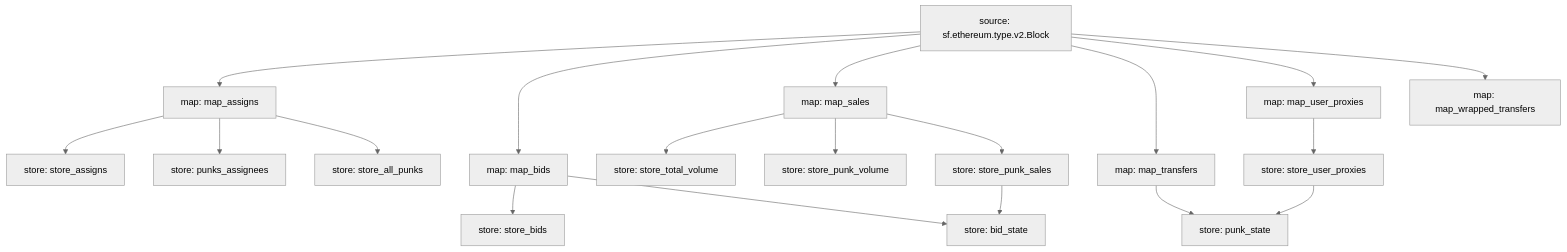
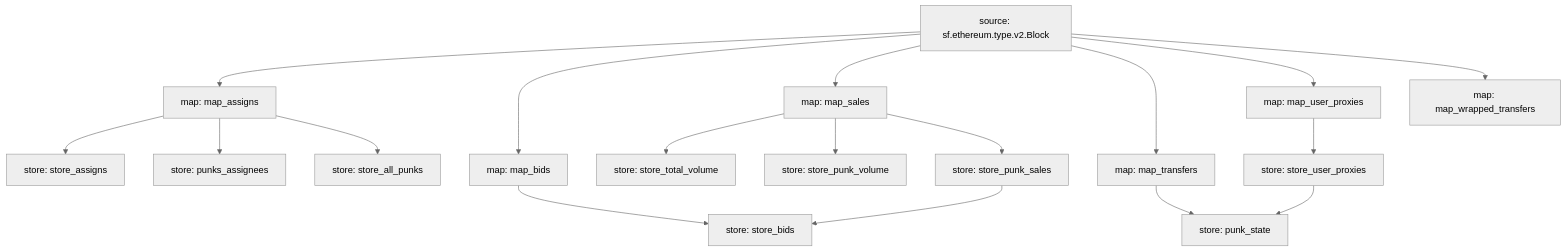
One commit to itsjerryokolo/cryptopunks_substreams changed the diagram in README.md. Above: the diagram before and after it, drawn with Mermaid (neutral theme). The commit also changed 2 other files, not shown here.

Commit message:
change store for updating bid state

````diff
--- a/README.md
+++ b/README.md
@@ -3,37 +3,35 @@
 ```mermaid
 graph TD;
   map_assigns[map: map_assigns]
   sf.ethereum.type.v2.Block[source: sf.ethereum.type.v2.Block] --> map_assigns
   store_assigns[store: store_assigns]
   map_assigns --> store_assigns
   punks_assignees[store: punks_assignees]
   map_assigns --> punks_assignees
   map_bids[map: map_bids]
   sf.ethereum.type.v2.Block[source: sf.ethereum.type.v2.Block] --> map_bids
   store_bids[store: store_bids]
   map_bids --> store_bids
-  bid_state[store: bid_state]
-  map_bids --> bid_state
-  store_punk_sales --> bid_state
+  store_punk_sales --> store_bids
   store_all_punks[store: store_all_punks]
   map_assigns --> store_all_punks
   store_total_volume[store: store_total_volume]
   map_sales --> store_total_volume
   store_punk_volume[store: store_punk_volume]
   map_sales --> store_punk_volume
   store_punk_sales[store: store_punk_sales]
   map_sales --> store_punk_sales
   map_sales[map: map_sales]
   sf.ethereum.type.v2.Block[source: sf.ethereum.type.v2.Block] --> map_sales
   map_transfers[map: map_transfers]
   sf.ethereum.type.v2.Block[source: sf.ethereum.type.v2.Block] --> map_transfers
   punk_state[store: punk_state]
   map_transfers --> punk_state
   store_user_proxies --> punk_state
   map_user_proxies[map: map_user_proxies]
   sf.ethereum.type.v2.Block[source: sf.ethereum.type.v2.Block] --> map_user_proxies
   map_wrapped_transfers[map: map_wrapped_transfers]
   sf.ethereum.type.v2.Block[source: sf.ethereum.type.v2.Block] --> map_wrapped_transfers
   store_user_proxies[store: store_user_proxies]
   map_user_proxies --> store_user_proxies
 ```
````
